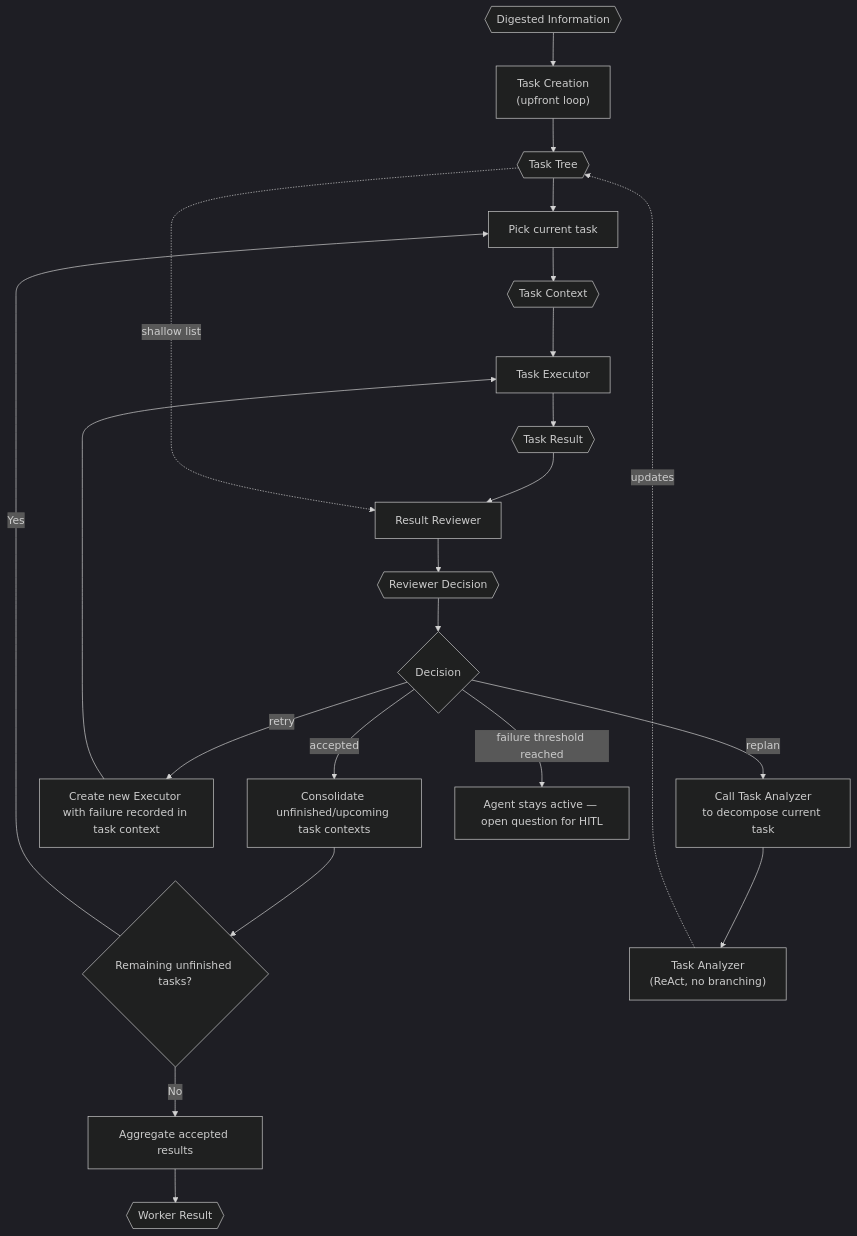
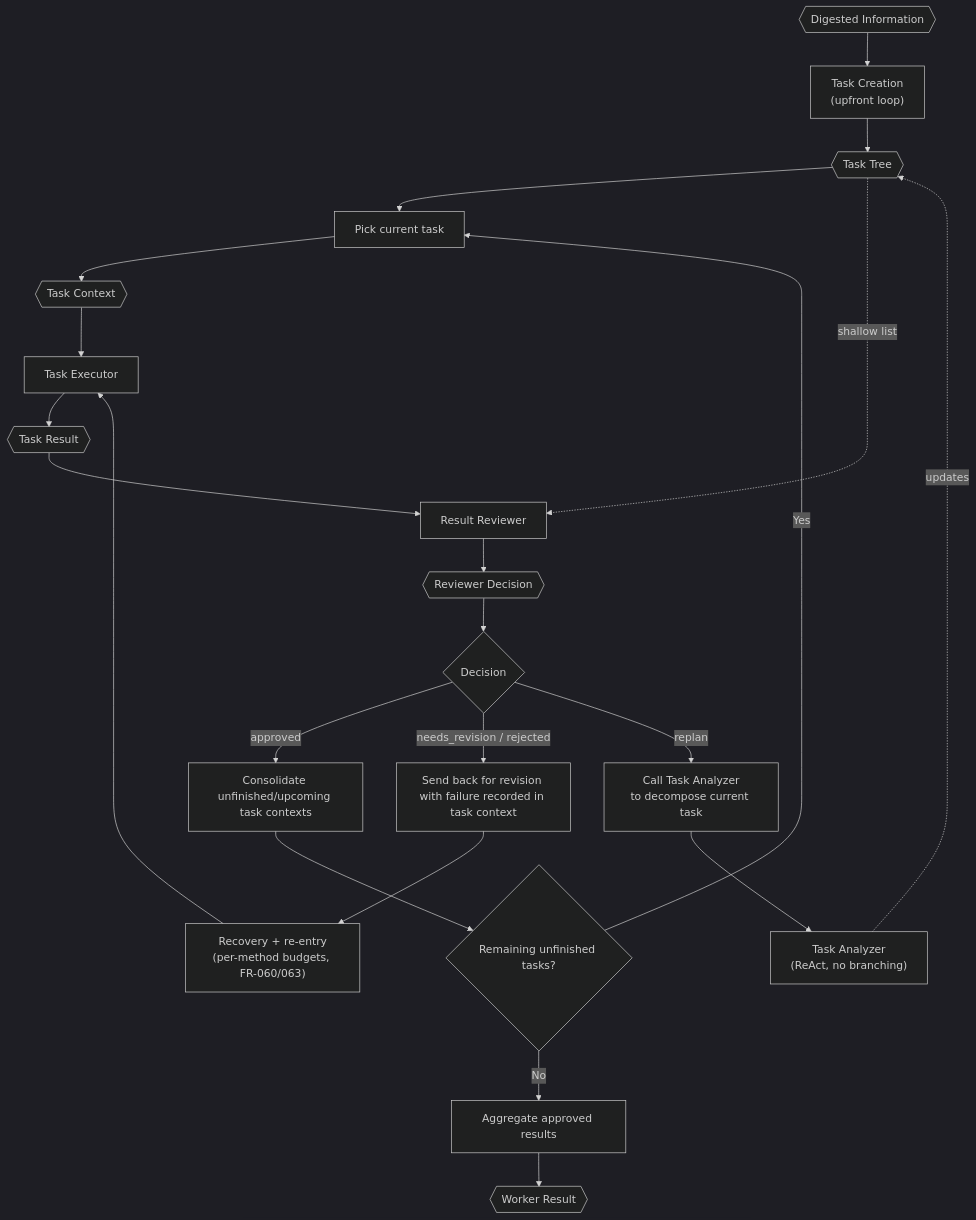
Before and after one commit to VJyzCELERY/TINYCUA: the diagram in src/tinycua/docs/architecture/worker-orchestration.md, drawn with Mermaid (dark theme). The commit also changed other lines of this file and 19 other files, not shown here.

````diff
--- a/src/tinycua/docs/architecture/worker-orchestration.md
+++ b/src/tinycua/docs/architecture/worker-orchestration.md
@@ -53,43 +53,43 @@
 ```mermaid
 flowchart TD
     DI{{"Digested Information"}}
     TCR["Task Creation\n(upfront loop)"]
     TL{{"Task Tree"}}
     PICK["Pick current task"]
     TC{{"Task Context"}}
     TE["Task Executor"]
     TRS{{"Task Result"}}
     RV["Result Reviewer"]
     DEC{{"Reviewer Decision"}}
     NEXT{"Decision"}
     UPDATE["Consolidate unfinished/upcoming task contexts"]
     REMAIN{"Remaining unfinished tasks?"}
-    RETRY["Create new Executor with failure recorded in task context"]
+    REVISE["Send back for revision with failure recorded in task context"]
     REPLAN["Call Task Analyzer\nto decompose current task"]
     TA["Task Analyzer\n(ReAct, no branching)"]
-    FAIL["Agent stays active — open question for HITL"]
-    AGG["Aggregate accepted results"]
+    RECOVER["Recovery + re-entry\n(per-method budgets, FR-060/063)"]
+    AGG["Aggregate approved results"]
     WR{{"Worker Result"}}
 
     DI --> TCR
     TCR --> TL
     TL --> PICK
     PICK --> TC
     TC --> TE
     TE --> TRS
     TRS --> RV
     TL -. "shallow list" .-> RV
     RV --> DEC
     DEC --> NEXT
-    NEXT -->|accepted| UPDATE
+    NEXT -->|approved| UPDATE
     UPDATE --> REMAIN
     REMAIN -->|Yes| PICK
     REMAIN -->|No| AGG
-    NEXT -->|retry| RETRY
-    RETRY --> TE
+    NEXT -->|needs_revision / rejected| REVISE
+    REVISE --> RECOVER
+    RECOVER --> TE
     NEXT -->|replan| REPLAN
     REPLAN --> TA
     TA -. "updates" .-> TL
-    NEXT -->|failure threshold reached| FAIL
     AGG --> WR
 ```
````
